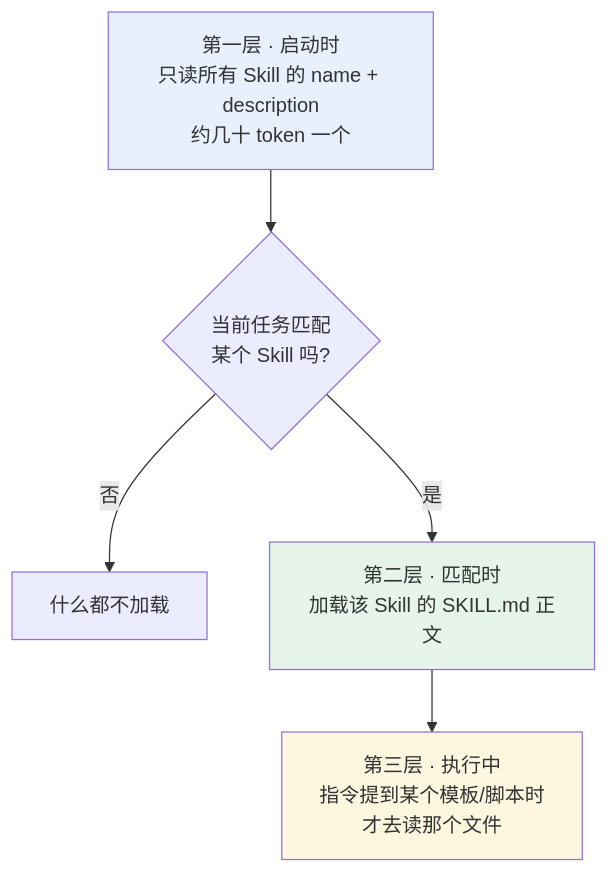
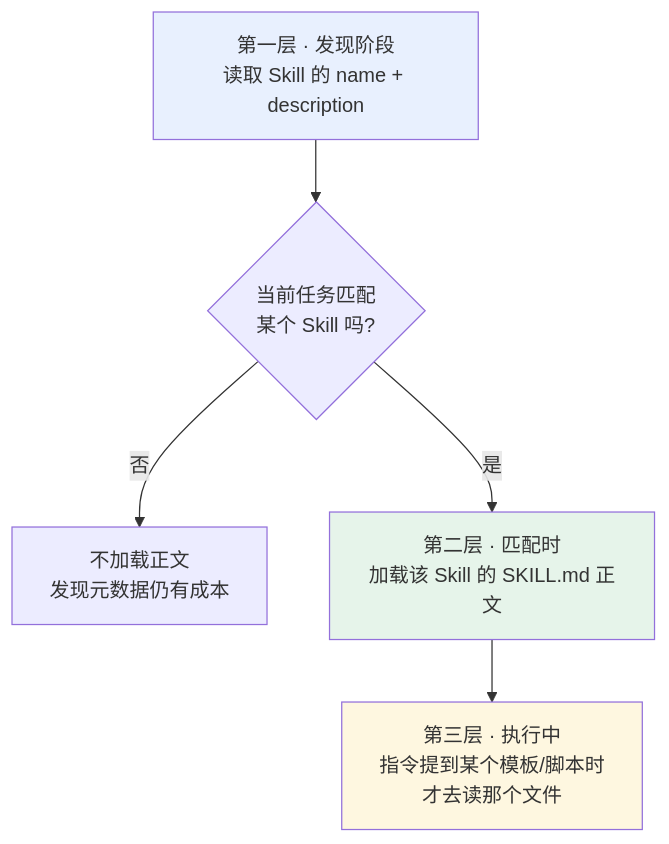
The first of 2 diagrams in docs/tools/03-skills/08-what-is-skill.md (oneleaveknowsthefall/awesome-ai-roadmap), drawn with Mermaid before and after one commit. The commit also changed other lines of this file and 50 other files, not shown here.

````diff
--- a/docs/tools/03-skills/08-what-is-skill.md
+++ b/docs/tools/03-skills/08-what-is-skill.md
@@ -69,12 +78,12 @@
 ```mermaid
 flowchart TB
-    L1["第一层 · 启动时<br/>只读所有 Skill 的 name + description<br/>约几十 token 一个"]
+    L1["第一层 · 发现阶段<br/>读取 Skill 的 name + description"]
     L1 --> Q{"当前任务匹配<br/>某个 Skill 吗?"}
-    Q -->|否| SKIP["什么都不加载"]
+    Q -->|否| SKIP["不加载正文<br/>发现元数据仍有成本"]
     Q -->|是| L2["第二层 · 匹配时<br/>加载该 Skill 的 SKILL.md 正文"]
     L2 --> L3["第三层 · 执行中<br/>指令提到某个模板/脚本时<br/>才去读那个文件"]
 
     style L1 fill:#e8f0fe
     style L2 fill:#e6f4ea
     style L3 fill:#fef7e0
 ```
````
